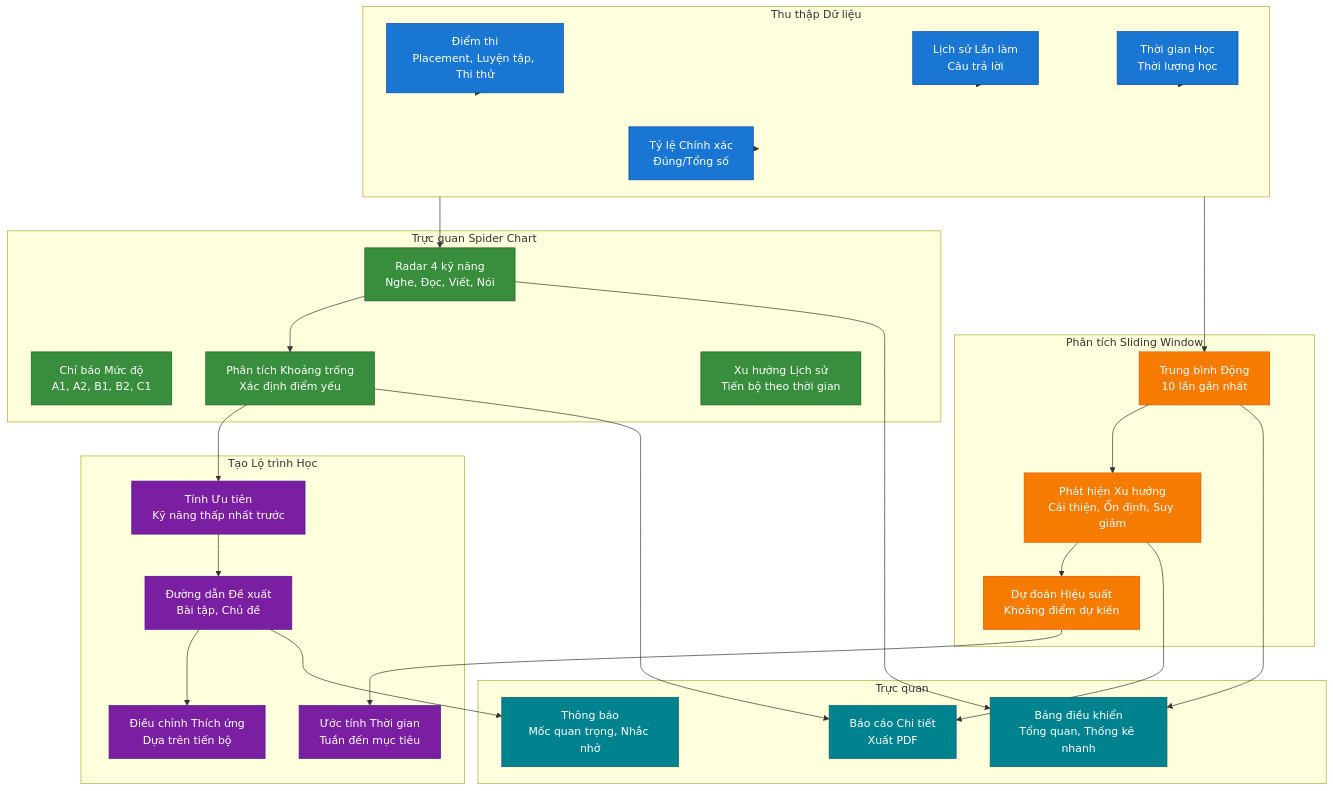
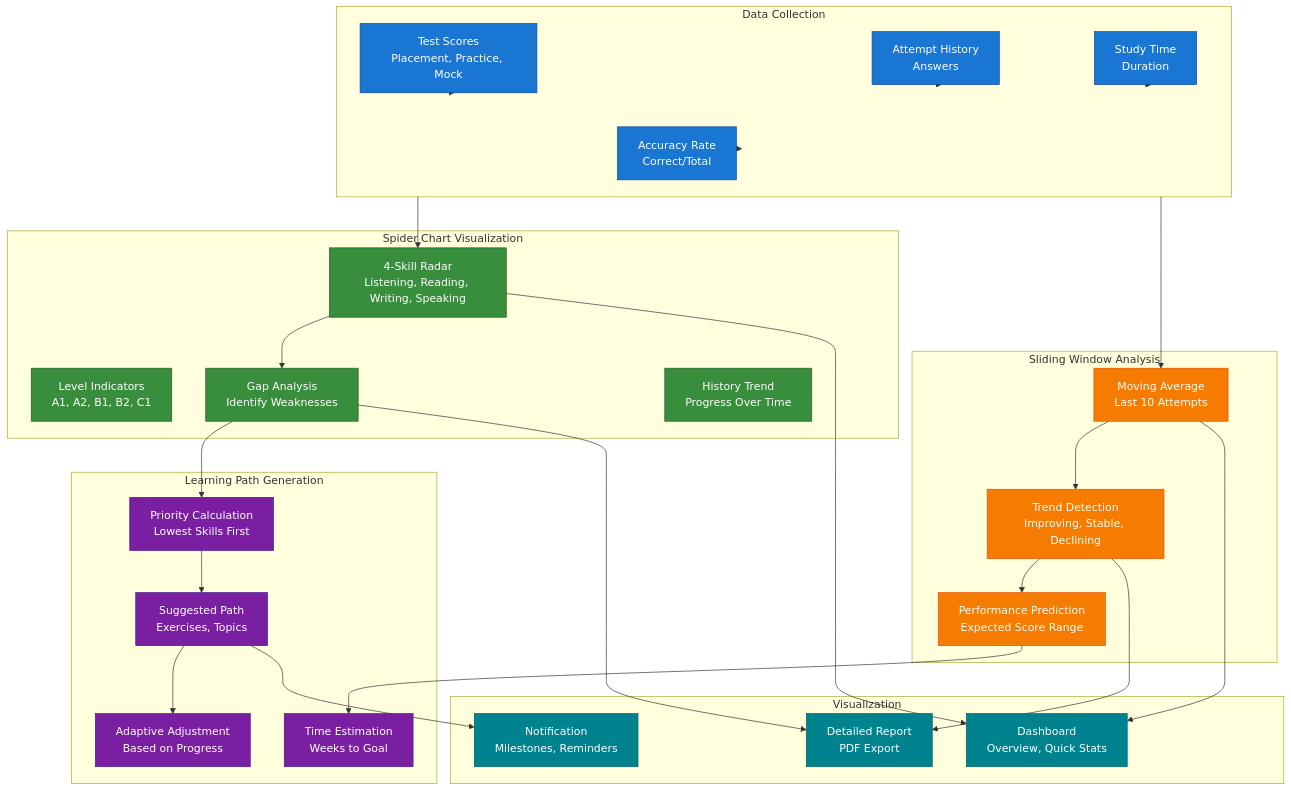
One commit to nghyane/VSTEP changed the seventh of 8 diagrams in docs/capstone/diagrams/flow-diagrams.vi.md. Above: the diagram before and after it, drawn with Mermaid. The commit also changed other lines of this file, not shown here.

````diff
--- a/docs/capstone/diagrams/flow-diagrams.vi.md
+++ b/docs/capstone/diagrams/flow-diagrams.vi.md
@@ -408,66 +408,66 @@
 ```mermaid
 flowchart TB
-    subgraph DataCollection ["Thu thập Dữ liệu"]
-        Scores["Điểm thi<br/>Placement, Luyện tập, Thi thử"]
-        Attempts["Lịch sử Lần làm<br/>Câu trả lời"]
-        Time["Thời gian Học<br/>Thời lượng học"]
-        Accuracy["Tỷ lệ Chính xác<br/>Đúng/Tổng số"]
+    subgraph DataCollection ["Data Collection"]
+        Scores["Test Scores<br/>Placement, Practice, Mock"]
+        Attempts["Attempt History<br/>Answers"]
+        Time["Study Time<br/>Duration"]
+        Accuracy["Accuracy Rate<br/>Correct/Total"]
     end
 
-    subgraph SpiderChart ["Trực quan Spider Chart"]
-        Skills["Radar 4 kỹ năng<br/>Nghe, Đọc, Viết, Nói"]
-        Levels["Chỉ báo Mức độ<br/>A1, A2, B1, B2, C1"]
-        Gap["Phân tích Khoảng trống<br/>Xác định điểm yếu"]
-        History["Xu hướng Lịch sử<br/>Tiến bộ theo thời gian"]
+    subgraph SpiderChart ["Spider Chart Visualization"]
+        Skills["4-Skill Radar<br/>Listening, Reading, Writing, Speaking"]
+        Levels["Level Indicators<br/>A1, A2, B1, B2, C1"]
+        Gap["Gap Analysis<br/>Identify Weaknesses"]
+        History["History Trend<br/>Progress Over Time"]
     end
 
-    subgraph SlidingWindow ["Phân tích Sliding Window"]
-        Window["Trung bình Động<br/>10 lần gần nhất"]
-        Trend["Phát hiện Xu hướng<br/>Cải thiện, Ổn định, Suy giảm"]
-        Prediction["Dự đoán Hiệu suất<br/>Khoảng điểm dự kiến"]
+    subgraph SlidingWindow ["Sliding Window Analysis"]
+        Window["Moving Average<br/>Last 10 Attempts"]
+        Trend["Trend Detection<br/>Improving, Stable, Declining"]
+        Prediction["Performance Prediction<br/>Expected Score Range"]
     end
 
-    subgraph LearningPath ["Tạo Lộ trình Học"]
-        Priority["Tính Ưu tiên<br/>Kỹ năng thấp nhất trước"]
-        Path["Đường dẫn Đề xuất<br/>Bài tập, Chủ đề"]
-        Timeline["Ước tính Thời gian<br/>Tuần đến mục tiêu"]
-        Adjust["Điều chỉnh Thích ứng<br/>Dựa trên tiến bộ"]
+    subgraph LearningPath ["Learning Path Generation"]
+        Priority["Priority Calculation<br/>Lowest Skills First"]
+        Path["Suggested Path<br/>Exercises, Topics"]
+        Timeline["Time Estimation<br/>Weeks to Goal"]
+        Adjust["Adaptive Adjustment<br/>Based on Progress"]
     end
 
-    subgraph Visualization ["Trực quan"]
-        Dashboard["Bảng điều khiển<br/>Tổng quan, Thống kê nhanh"]
-        Report["Báo cáo Chi tiết<br/>Xuất PDF"]
-        Notification["Thông báo<br/>Mốc quan trọng, Nhắc nhở"]
+    subgraph Visualization ["Visualization"]
+        Dashboard["Dashboard<br/>Overview, Quick Stats"]
+        Report["Detailed Report<br/>PDF Export"]
+        Notification["Notification<br/>Milestones, Reminders"]
     end
 
     Scores --> DataCollection
     Attempts --> DataCollection
     Time --> DataCollection
     Accuracy --> DataCollection
     DataCollection --> Skills
     DataCollection --> Window
     Skills --> Gap
     Gap --> Priority
     Window --> Trend
     Trend --> Prediction
     Priority --> Path
     Prediction --> Timeline
     Path --> Adjust
     Skills --> Dashboard
     Window --> Dashboard
     Gap --> Report
     Trend --> Report
     Path --> Notification
 
     classDef data fill:#1976d2,stroke:#0d47a1,color:#fff
     classDef spider fill:#388e3c,stroke:#1b5e20,color:#fff
     classDef sliding fill:#f57c00,stroke:#e65100,color:#fff
     classDef path fill:#7b1fa2,stroke:#4a148c,color:#fff
     classDef viz fill:#00838f,stroke:#006064,color:#fff
 
     class Scores,Attempts,Time,Accuracy data
     class Skills,Levels,Gap,History spider
     class Window,Trend,Prediction sliding
     class Priority,Path,Timeline,Adjust path
     class Dashboard,Report,Notification viz
 ```
````
